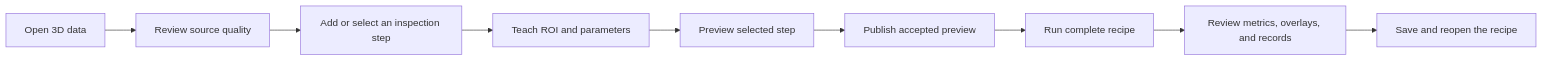
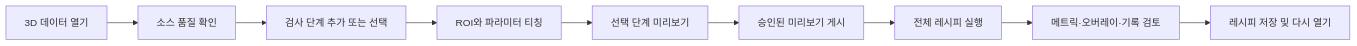
One commit to Noah8218/OpenVisionLab-3D-Studio changed the diagram in README.md. Above: the diagram before and after it, drawn with Mermaid. The commit also changed other lines of this file and 1 other file, not shown here.

````diff
--- a/README.md
+++ b/README.md
@@ -140,11 +145,11 @@
 ```mermaid
 flowchart LR
-    Source["Open 3D data"] --> Quality["Review source quality"]
-    Quality --> Tool["Add or select an inspection step"]
-    Tool --> Teach["Teach ROI and parameters"]
-    Teach --> Preview["Preview selected step"]
-    Preview --> Publish["Publish accepted preview"]
-    Publish --> Run["Run complete recipe"]
-    Run --> Evidence["Review metrics, overlays, and records"]
-    Evidence --> Save["Save and reopen the recipe"]
+    Source["3D 데이터 열기"] --> Quality["소스 품질 확인"]
+    Quality --> Tool["검사 단계 추가 또는 선택"]
+    Tool --> Teach["ROI와 파라미터 티칭"]
+    Teach --> Preview["선택 단계 미리보기"]
+    Preview --> Publish["승인된 미리보기 게시"]
+    Publish --> Run["전체 레시피 실행"]
+    Run --> Evidence["메트릭·오버레이·기록 검토"]
+    Evidence --> Save["레시피 저장 및 다시 열기"]
 ```
````
